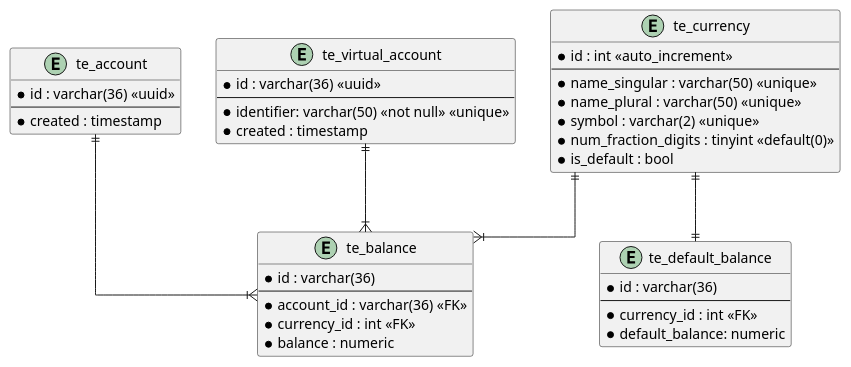
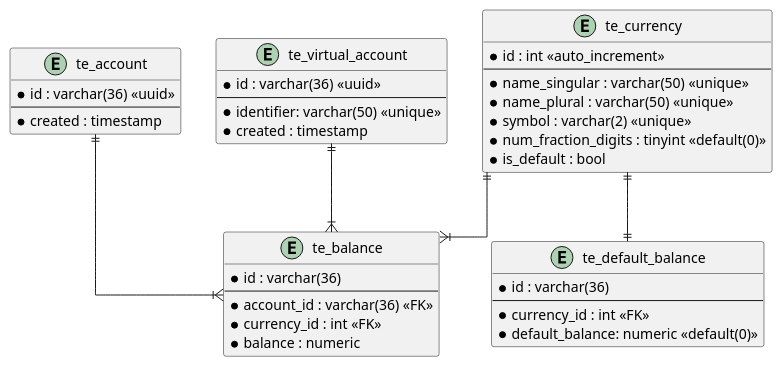
Before and after one commit to ericgrandt/TotalEconomy: the diagram in design/database.puml, drawn with PlantUML. The commit also changed 4 other files, not shown here.

```diff
--- a/design/database.puml
+++ b/design/database.puml
@@ -1,47 +1,47 @@
 @startuml Database Design
 
 skinparam linetype ortho
 
 entity te_account {
     * id : varchar(36) <<uuid>>
     --
     * created : timestamp
 }
 
 entity te_virtual_account {
     * id : varchar(36) <<uuid>>
     --
-    * identifier: varchar(50) <<not null>> <<unique>>
+    * identifier: varchar(50) <<unique>>
     * created : timestamp
 }
 
 entity te_currency {
     * id : int <<auto_increment>>
     --
     * name_singular : varchar(50) <<unique>>
     * name_plural : varchar(50) <<unique>>
     * symbol : varchar(2) <<unique>>
     * num_fraction_digits : tinyint <<default(0)>>
     * is_default : bool
 }
 
 entity te_default_balance {
     * id : varchar(36)
     --
     * currency_id : int <<FK>>
-    * default_balance: numeric
+    * default_balance: numeric <<default(0)>>
 }
 
 entity te_balance {
     * id : varchar(36)
     --
     * account_id : varchar(36) <<FK>>
     * currency_id : int <<FK>>
     * balance : numeric
 }
 
 te_account ||--|{ te_balance
 te_virtual_account ||--|{ te_balance
 te_currency ||--|{ te_balance
 te_currency ||--|| te_default_balance
 @enduml
```
